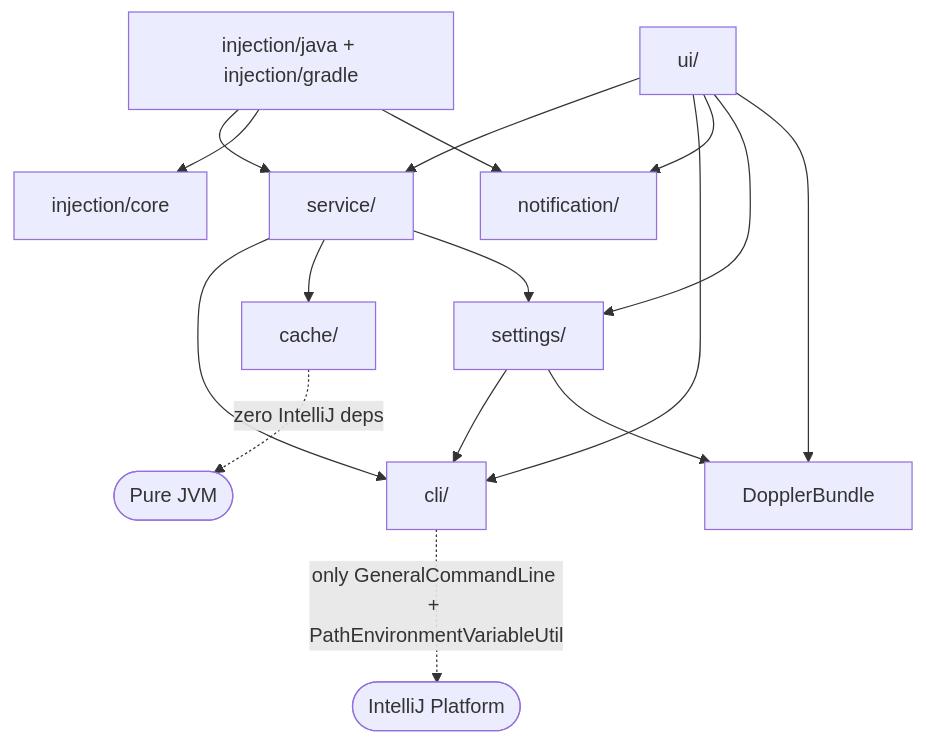
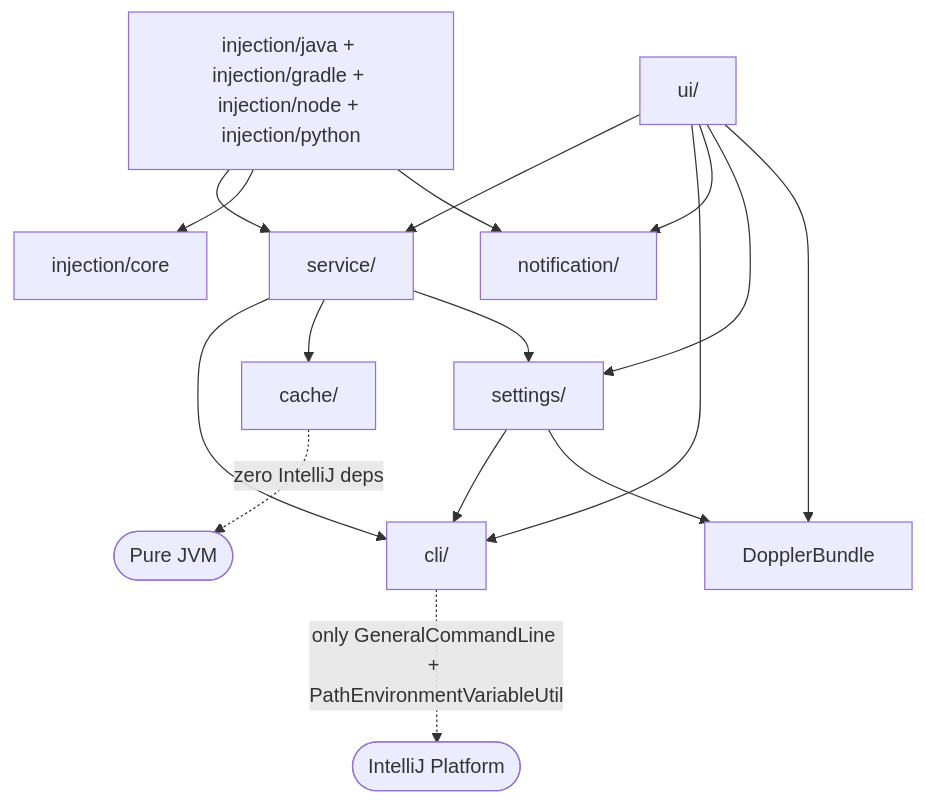
One commit to amasotti/doppler-intellj-plugin changed the second of 6 diagrams in docs/architecture.md. Above: the diagram before and after it, drawn with Mermaid. The commit also changed other lines of this file and 1 other file, not shown here.

````diff
--- a/docs/architecture.md
+++ b/docs/architecture.md
@@ -108,32 +110,32 @@
 ```mermaid
 flowchart TB
     UI["ui/"]
     Settings["settings/"]
-    Injection["injection/java + injection/gradle"]
+    Injection["injection/java + injection/gradle + injection/node + injection/python"]
     InjectionCore["injection/core"]
     Service["service/"]
     Cli["cli/"]
     Cache["cache/"]
     Notification["notification/"]
     Bundle["DopplerBundle"]
 
     UI --> Service
     UI --> Cli
     UI --> Notification
     UI --> Settings
     UI --> Bundle
 
     Settings --> Cli
     Settings --> Bundle
 
     Injection --> Service
     Injection --> InjectionCore
     Injection --> Notification
 
     Service --> Cli
     Service --> Cache
     Service --> Settings
 
     Cli -. only GeneralCommandLine + PathEnvironmentVariableUtil .-> IntelliJ([IntelliJ Platform])
     Cache -. zero IntelliJ deps .-> Pure([Pure JVM])
 ```
````
